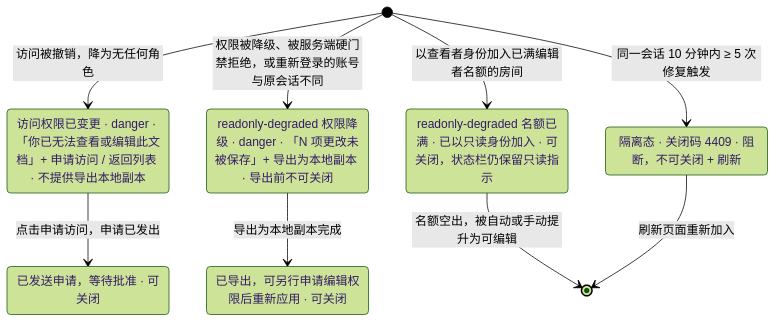
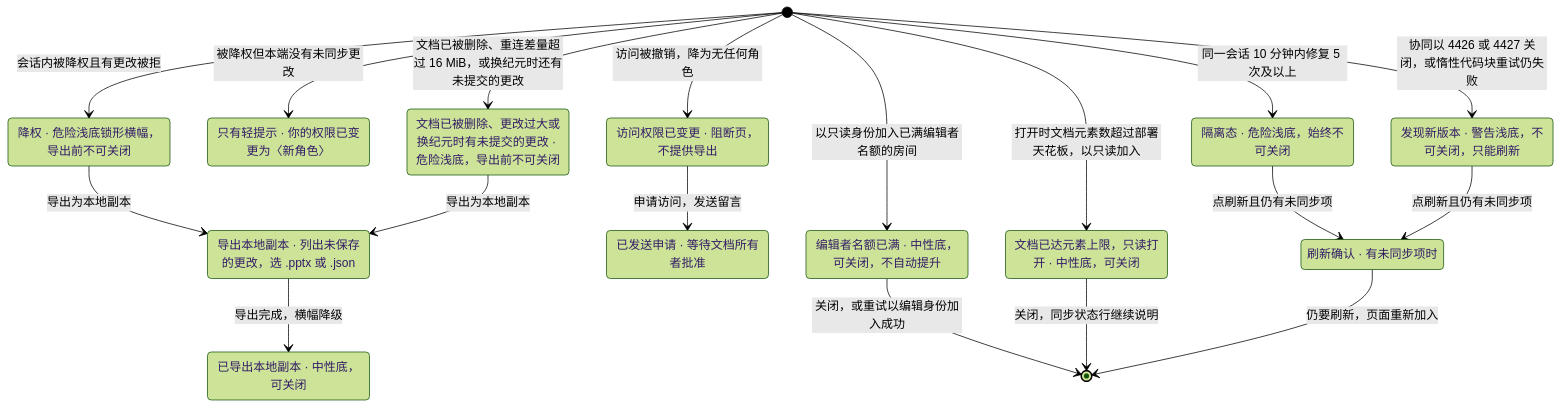
The third of 4 diagrams in docs/20-design/03-screens/12-offline-conflict-banner.md (Xeonice/cordis-ppt-editor), drawn with Mermaid (forest theme) before and after one commit. The commit also changed other lines of this file and 44 other files, not shown here.

````diff
--- a/docs/20-design/03-screens/12-offline-conflict-banner.md
+++ b/docs/20-design/03-screens/12-offline-conflict-banner.md
@@ -42,17 +396,32 @@
 ```mermaid
 stateDiagram-v2
-  state "访问权限已变更 · danger · 「你已无法查看或编辑此文档」+ 申请访问 / 返回列表 · 不提供导出本地副本" as access
-  state "已发送申请，等待批准 · 可关闭" as requested
-  state "readonly-degraded 权限降级 · danger · 「N 项更改未被保存」+ 导出为本地副本 · 导出前不可关闭" as degPerm
-  state "已导出，可另行申请编辑权限后重新应用 · 可关闭" as exported
-  state "readonly-degraded 名额已满 · 已以只读身份加入 · 可关闭，状态栏仍保留只读指示" as degFull
-  state "隔离态 · 关闭码 4409 · 阻断，不可关闭 + 刷新" as quarantine
-  [*] --> access : 访问被撤销，降为无任何角色
-  access --> requested : 点击申请访问，申请已发出
-  [*] --> degPerm : 权限被降级、被服务端硬门禁拒绝，或重新登录的账号与原会话不同
-  degPerm --> exported : 导出为本地副本完成
-  [*] --> degFull : 以查看者身份加入已满编辑者名额的房间
-  degFull --> [*] : 名额空出，被自动或手动提升为可编辑
-  [*] --> quarantine : 同一会话 10 分钟内 ≥ 5 次修复触发
-  quarantine --> [*] : 刷新页面重新加入
+  state "降权 · 危险浅底锁形横幅，导出前不可关闭" as degraded
+  state "只有轻提示 · 你的权限已变更为〈新角色〉" as toastOnly
+  state "编辑者名额已满 · 中性底，可关闭，不自动提升" as seats
+  state "访问权限已变更 · 阻断页，不提供导出" as revoked
+  state "已发送申请 · 等待文档所有者批准" as requested
+  state "隔离态 · 危险浅底，始终不可关闭" as quarantine
+  state "刷新确认 · 有未同步项时" as refreshDlg
+  state "文档已被删除、更改过大或换纪元时有未提交的更改 · 危险浅底，导出前不可关闭" as docState
+  state "发现新版本 · 警告浅底，不可关闭，只能刷新" as drift
+  state "文档已达元素上限，只读打开 · 中性底，可关闭" as ceiling
+  state "导出本地副本 · 列出未保存的更改，选 .pptx 或 .json" as exportDlg
+  state "已导出本地副本 · 中性底，可关闭" as exported
+  [*] --> degraded : 会话内被降权且有更改被拒
+  [*] --> toastOnly : 被降权但本端没有未同步更改
+  [*] --> seats : 以只读身份加入已满编辑者名额的房间
+  [*] --> ceiling : 打开时文档元素数超过部署天花板，以只读加入
+  [*] --> revoked : 访问被撤销，降为无任何角色
+  [*] --> quarantine : 同一会话 10 分钟内修复 5 次及以上
+  [*] --> drift : 协同以 4426 或 4427 关闭，或惰性代码块重试仍失败
+  [*] --> docState : 文档已被删除、重连差量超过 16 MiB，或换纪元时还有未提交的更改
+  degraded --> exportDlg : 导出为本地副本
+  docState --> exportDlg : 导出为本地副本
+  exportDlg --> exported : 导出完成，横幅降级
+  seats --> [*] : 关闭，或重试以编辑身份加入成功
+  ceiling --> [*] : 关闭，同步状态行继续说明
+  revoked --> requested : 申请访问，发送留言
+  quarantine --> refreshDlg : 点刷新且仍有未同步项
+  drift --> refreshDlg : 点刷新且仍有未同步项
+  refreshDlg --> [*] : 仍要刷新，页面重新加入
 ```
````
